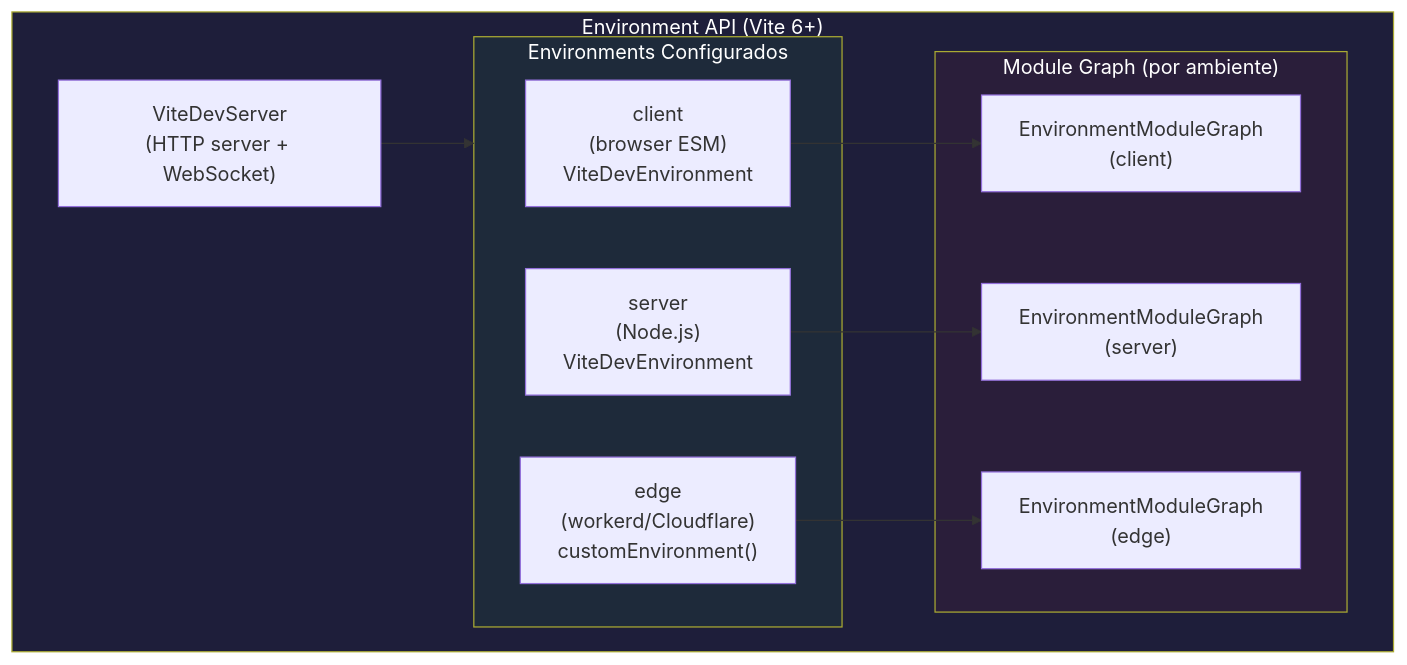
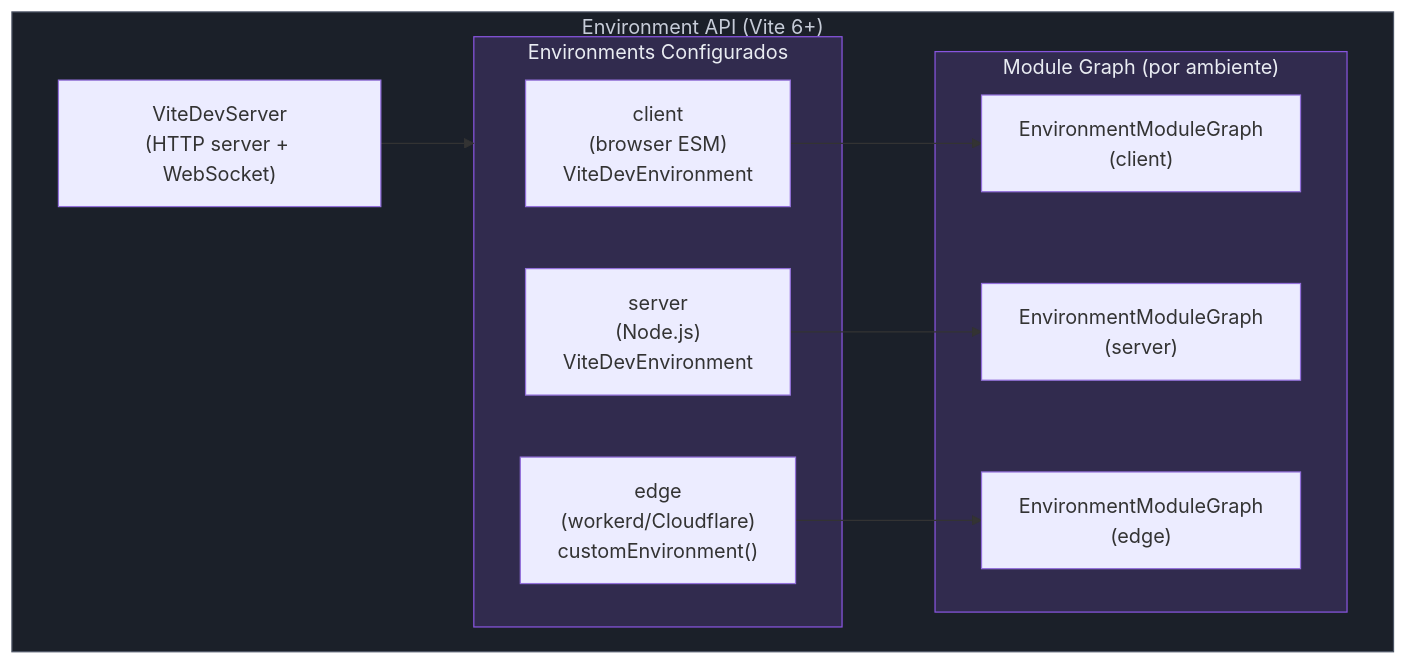
The seventh of 9 diagrams in 03-Dominios/Tecnologia/Tooling e Build/13 - Vite a fundo.md (josenaldo/codex-technomanticus), drawn with Mermaid before and after one commit. The commit also changed other lines of this file and 1181 other files, not shown here.

First line of the commit message:
fix(diagramas): paleta do sistema no lugar de cor cravada no markdown

````diff
--- a/03-Dominios/Tecnologia/Tooling e Build/13 - Vite a fundo.md
+++ b/03-Dominios/Tecnologia/Tooling e Build/13 - Vite a fundo.md
@@ -839,27 +847,29 @@
 ```mermaid
 graph TB
+    classDef neutro fill:#1B2029,stroke:#4E5666,color:#C6CCD8
+    classDef marca fill:#8855DF33,stroke:#8855DF,color:#E9ECF2
     subgraph ENV_API["Environment API (Vite 6+)"]
         VDS["ViteDevServer\n(HTTP server + WebSocket)"]
 
         subgraph ENVS["Environments Configurados"]
             EC["client\n(browser ESM)\nViteDevEnvironment"]
             ES["server\n(Node.js)\nViteDevEnvironment"]
             EE["edge\n(workerd/Cloudflare)\ncustomEnvironment()"]
         end
 
         subgraph GRAPHS["Module Graph (por ambiente)"]
             GC["EnvironmentModuleGraph\n(client)"]
             GS["EnvironmentModuleGraph\n(server)"]
             GE["EnvironmentModuleGraph\n(edge)"]
         end
 
         VDS --> ENVS
         EC --> GC
         ES --> GS
         EE --> GE
     end
 
-    style ENV_API fill:#1e1e3a,color:#fff
-    style ENVS fill:#1e2a3a,color:#fff
-    style GRAPHS fill:#2a1e3a,color:#fff
+    class ENV_API neutro
+    class ENVS marca
+    class GRAPHS marca
 ```
````
